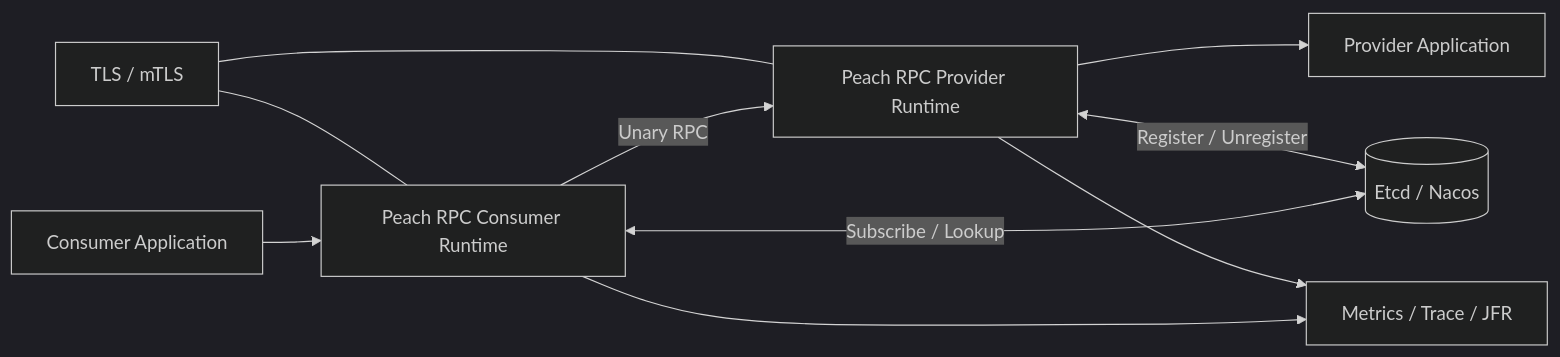
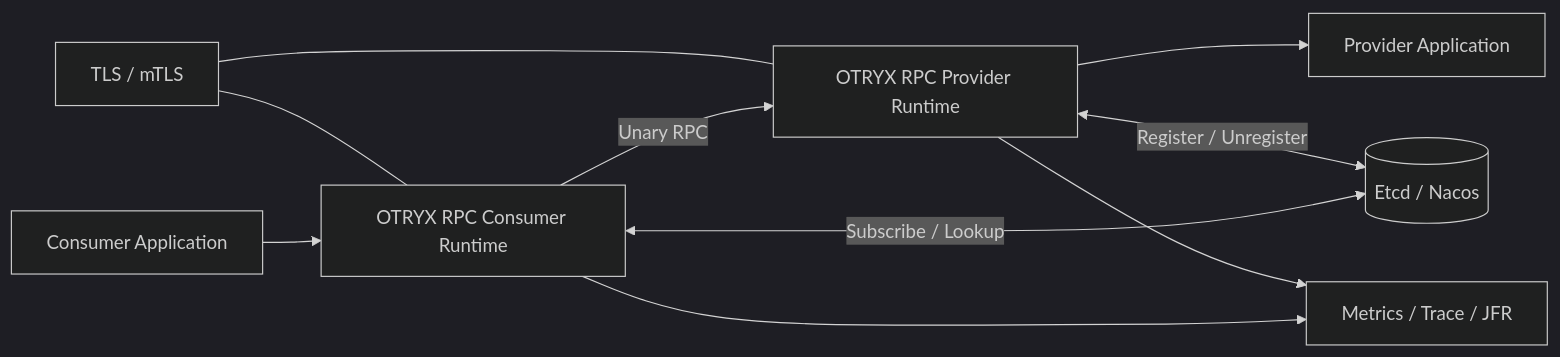
Before and after one commit to Ryan-Guizhou/peach-rpc: the diagram in docs/requirements-blueprint.md, drawn with Mermaid (dark theme). The commit also changed other lines of this file and 339 other files, not shown here.

````diff
--- a/docs/requirements-blueprint.md
+++ b/docs/requirements-blueprint.md
@@ -54,20 +54,20 @@
 ```mermaid
 flowchart LR
     AppC[Consumer Application]
     AppP[Provider Application]
-    CoreC[Peach RPC Consumer Runtime]
-    CoreP[Peach RPC Provider Runtime]
+    CoreC[OTRYX RPC Consumer Runtime]
+    CoreP[OTRYX RPC Provider Runtime]
     Registry[(Etcd / Nacos)]
     Obs[Metrics / Trace / JFR]
     TLS[TLS / mTLS]
 
     AppC --> CoreC
     CoreC -->|Unary RPC| CoreP
     CoreP --> AppP
     CoreC <-->|Subscribe / Lookup| Registry
     CoreP <-->|Register / Unregister| Registry
     CoreC --> Obs
     CoreP --> Obs
     TLS --- CoreC
     TLS --- CoreP
 ```
````
